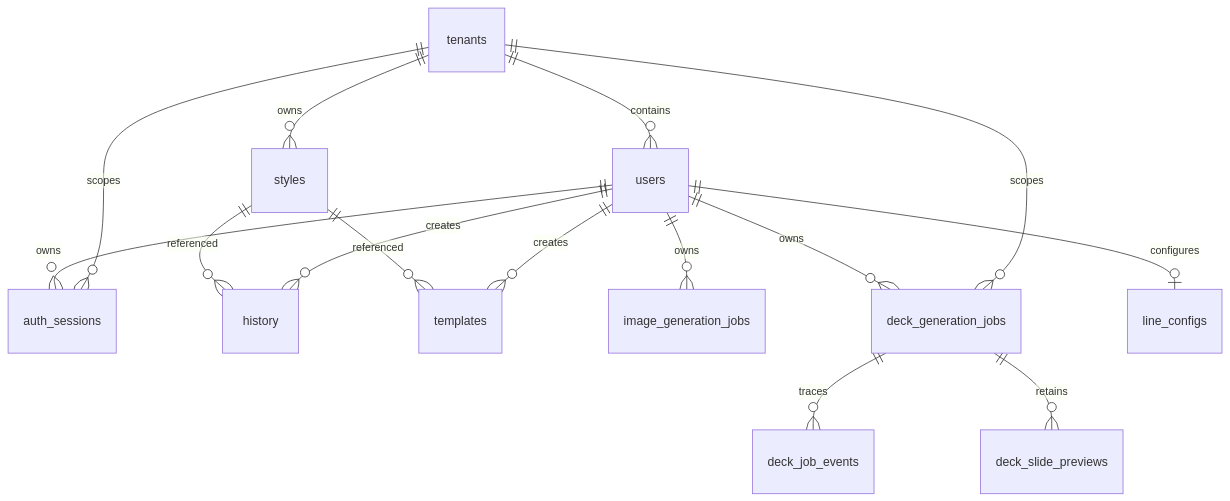
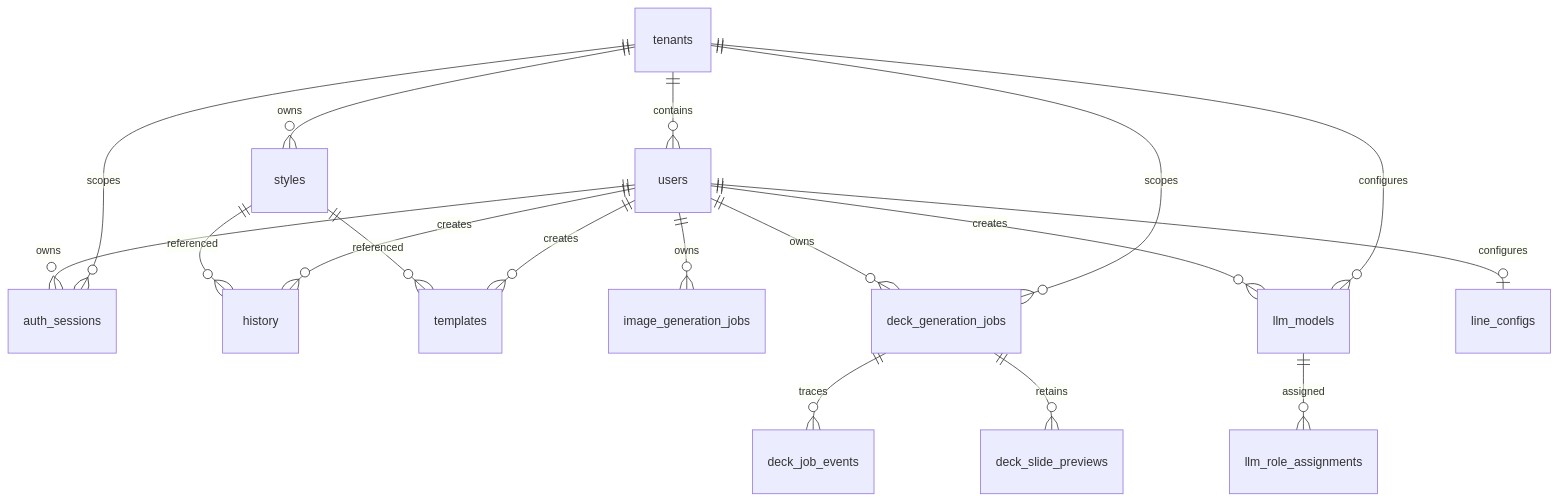
One commit to tony30552001/Genpic-master changed the diagram in openwiki/data/schema.md. Above: the diagram before and after it, drawn with Mermaid. The commit also changed other lines of this file and 44 other files, not shown here.

````diff
--- a/openwiki/data/schema.md
+++ b/openwiki/data/schema.md
@@ -18,17 +18,20 @@
 ```mermaid
 erDiagram
   tenants ||--o{ users : contains
   tenants ||--o{ auth_sessions : scopes
   users ||--o{ auth_sessions : owns
   tenants ||--o{ styles : owns
   users ||--o{ history : creates
   users ||--o{ templates : creates
   users ||--o{ image_generation_jobs : owns
   tenants ||--o{ deck_generation_jobs : scopes
   users ||--o{ deck_generation_jobs : owns
+  tenants ||--o{ llm_models : configures
+  llm_models ||--o{ llm_role_assignments : assigned
+  users ||--o{ llm_models : creates
   deck_generation_jobs ||--o{ deck_job_events : traces
   deck_generation_jobs ||--o{ deck_slide_previews : retains
   users ||--o| line_configs : configures
   styles ||--o{ history : referenced
   styles ||--o{ templates : referenced
 ```
````
